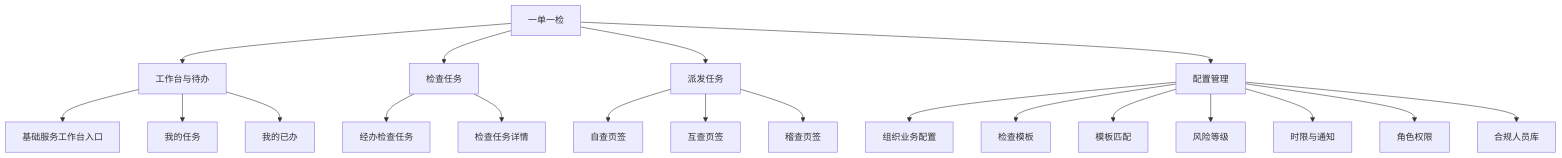
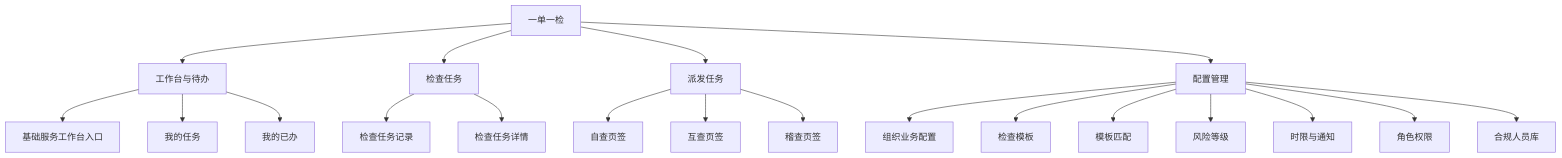
Diagram 16 of 16 in axureMake/docs/四局一单一检/prd.md (LRainD/LRainD.github.io), drawn with Mermaid before and after one commit. The commit also changed other lines of this file and 7 other files, not shown here.

````diff
--- a/axureMake/docs/四局一单一检/prd.md
+++ b/axureMake/docs/四局一单一检/prd.md
@@ -1012,28 +1058,28 @@
 ```mermaid
 flowchart TB
     ROOT[一单一检]
 
     ROOT --> WB[工作台与待办]
     WB --> WB1[基础服务工作台入口]
     WB --> WB2[我的任务]
     WB --> WB3[我的已办]
 
     ROOT --> CONTRACT[检查任务]
-    CONTRACT --> C1[经办检查任务]
+    CONTRACT --> C1[检查任务记录]
     CONTRACT --> C4[检查任务详情]
 
     ROOT --> DISPATCH[派发任务]
     DISPATCH --> D1[自查页签]
     DISPATCH --> D2[互查页签]
     DISPATCH --> D3[稽查页签]
 
     ROOT --> CONFIG[配置管理]
     CONFIG --> G0[组织业务配置]
     CONFIG --> G1[检查模板]
     CONFIG --> G2[模板匹配]
     CONFIG --> G3[风险等级]
     CONFIG --> G4[时限与通知]
     CONFIG --> G5[角色权限]
     CONFIG --> G6[合规人员库]
 
 ```
````
